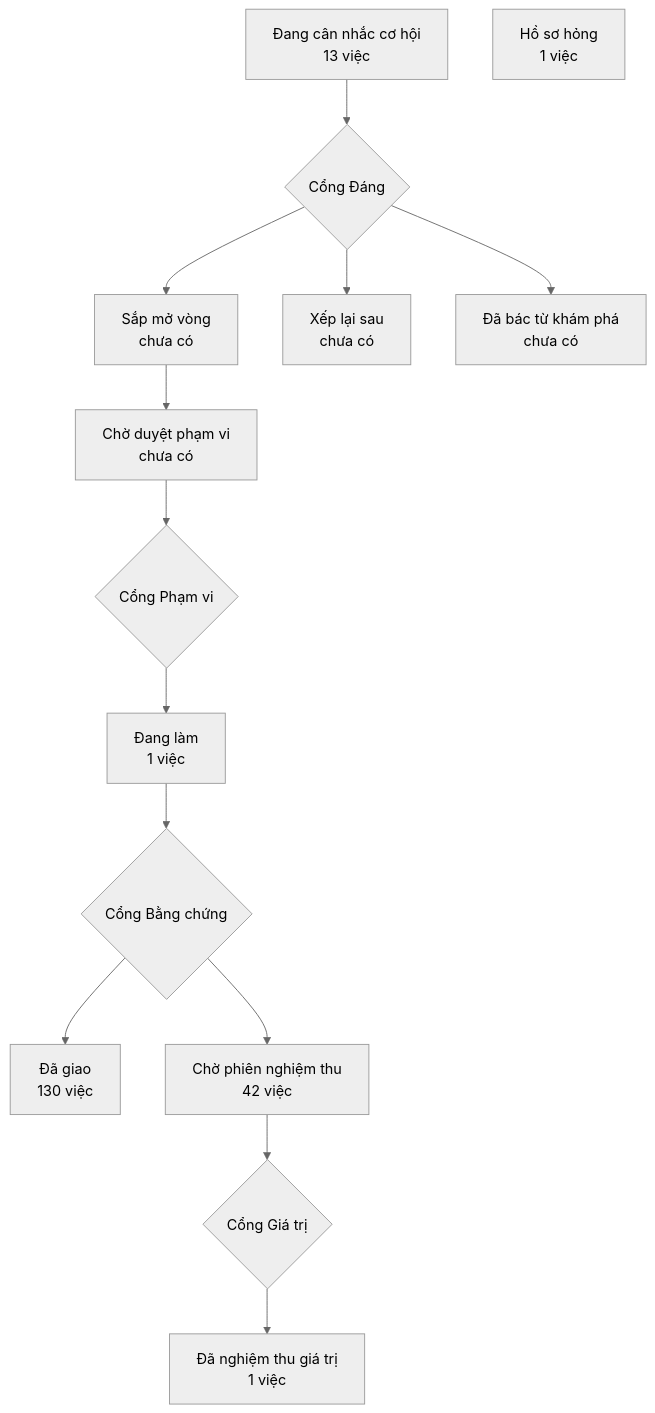
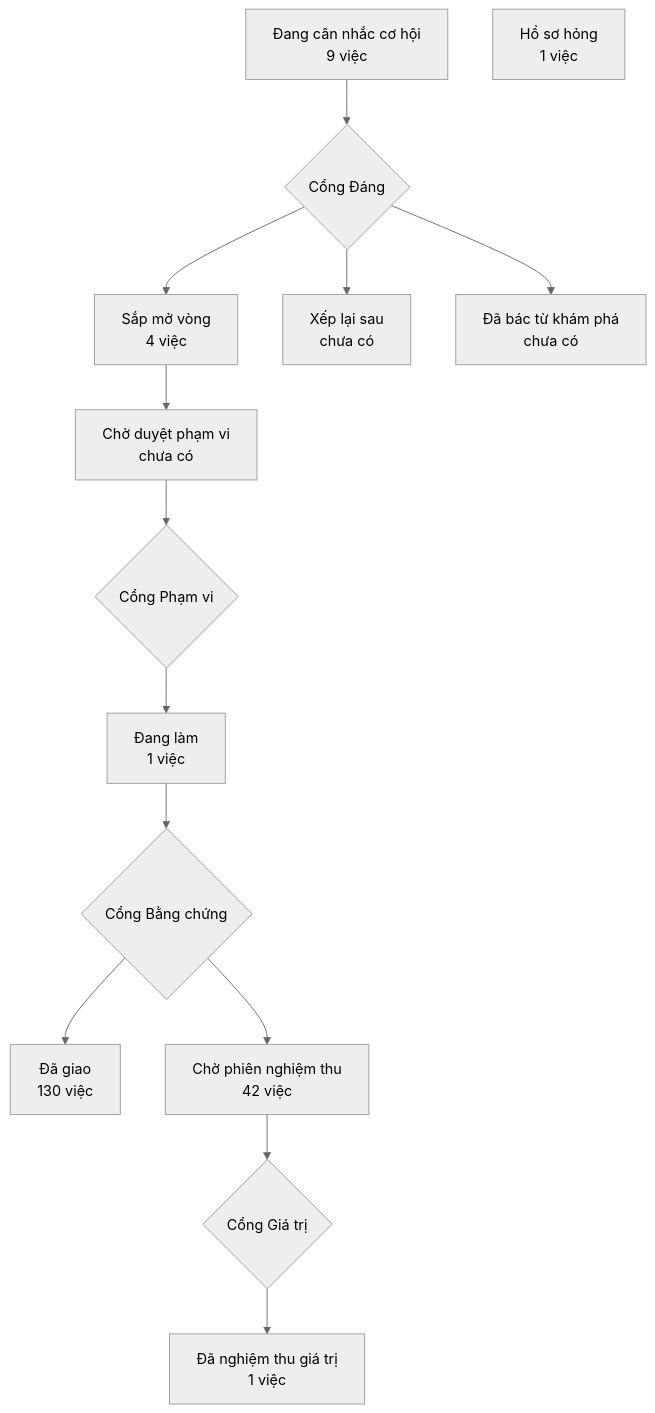
Before and after one commit to phanlemanh/crm-onehub: the diagram in PRODUCT-MAP.md, drawn with Mermaid (neutral theme). The commit also changed other lines of this file and 7 other files, not shown here.

Commit message:
docs(plan): đợt sau-14-10 — Cổng Đáng F9–F12 build, xếp vào P4; giữ chế độ quyền mặc định

````diff
--- a/PRODUCT-MAP.md
+++ b/PRODUCT-MAP.md
@@ -7,13 +7,13 @@
 ```mermaid
 flowchart TD
-  A["Đang cân nhắc cơ hội<br/>13 việc"] --> GD{"Cổng Đáng"}
-  GD --> B["Sắp mở vòng<br/>chưa có"]
+  A["Đang cân nhắc cơ hội<br/>9 việc"] --> GD{"Cổng Đáng"}
+  GD --> B["Sắp mở vòng<br/>4 việc"]
   GD --> XL["Xếp lại sau<br/>chưa có"]
   GD --> DB["Đã bác từ khám phá<br/>chưa có"]
   B --> CD["Chờ duyệt phạm vi<br/>chưa có"] --> GP{"Cổng Phạm vi"}
   GP --> DL["Đang làm<br/>1 việc"] --> GB{"Cổng Bằng chứng"}
   GB --> DG["Đã giao<br/>130 việc"]
   GB --> CN["Chờ phiên nghiệm thu<br/>42 việc"] --> GG{"Cổng Giá trị"}
   GG --> NT["Đã nghiệm thu giá trị<br/>1 việc"]
   HS["Hồ sơ hỏng<br/>1 việc"]
 ```
````
